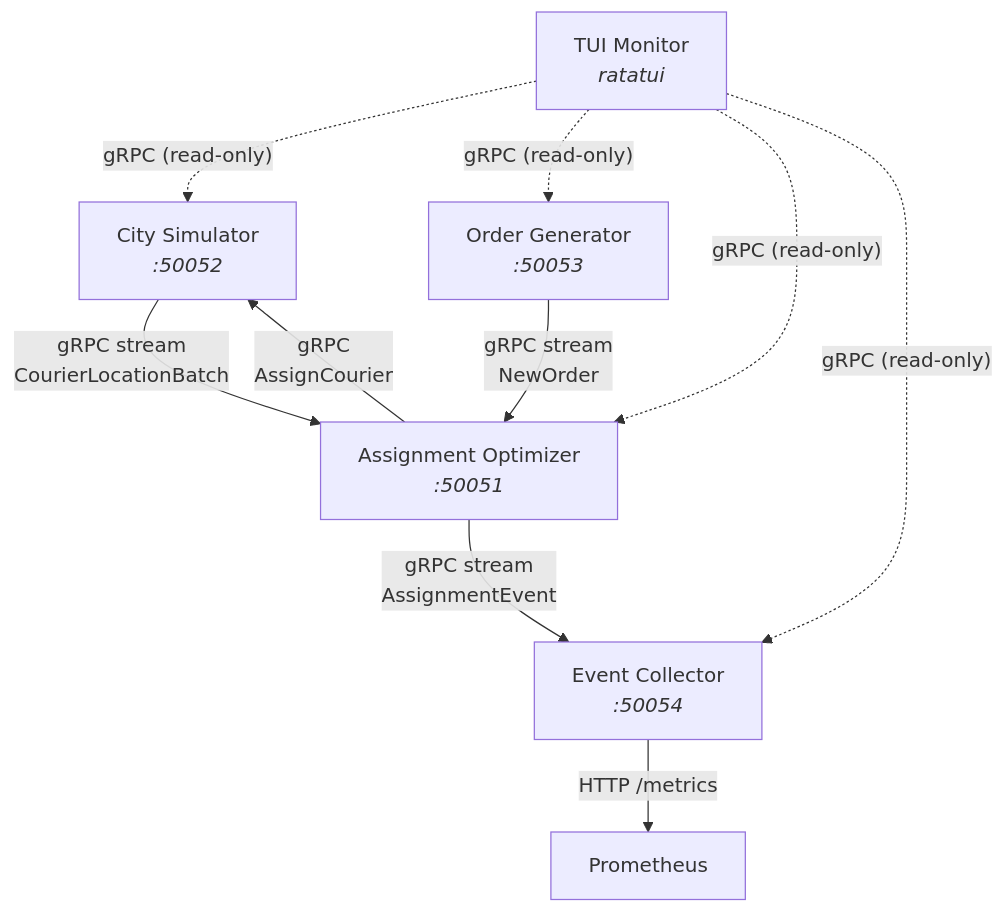
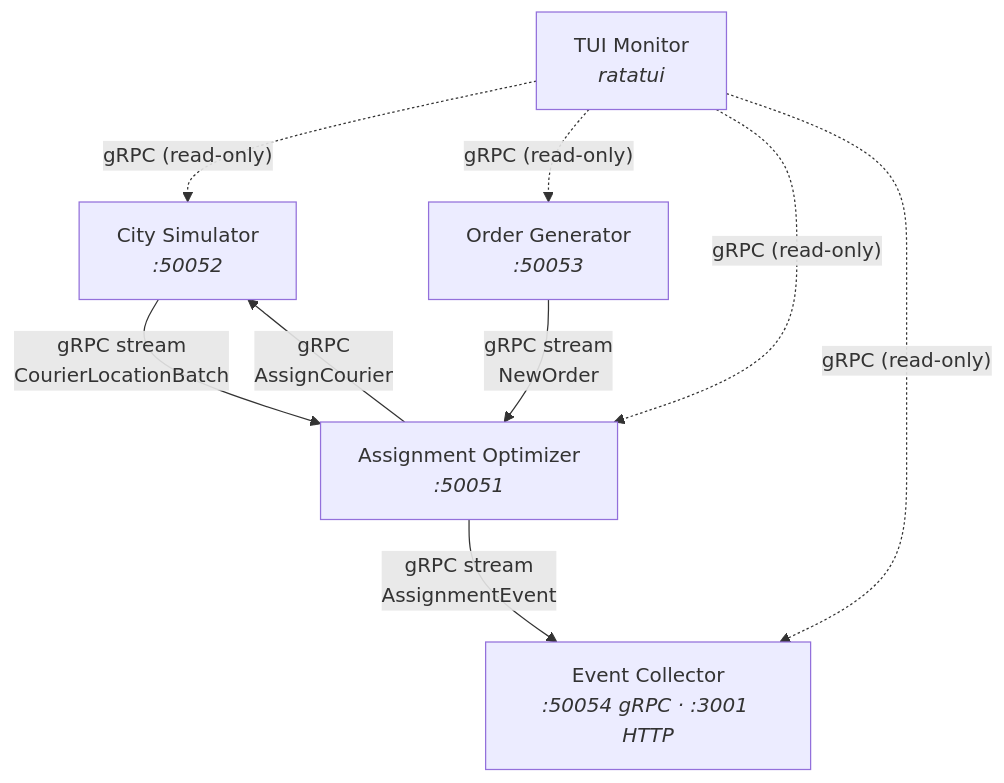
Before and after one commit to meowyx/router-flow: the diagram in README.md, drawn with Mermaid. The commit also changed other lines of this file, not shown here.

````diff
--- a/README.md
+++ b/README.md
@@ -7,19 +7,18 @@
 ```mermaid
 graph TD
     CS[City Simulator<br/><i>:50052</i>]
     OG[Order Generator<br/><i>:50053</i>]
     AO[Assignment Optimizer<br/><i>:50051</i>]
-    EC[Event Collector<br/><i>:50054</i>]
+    EC[Event Collector<br/><i>:50054 gRPC · :3001 HTTP</i>]
     TUI[TUI Monitor<br/><i>ratatui</i>]
 
     CS -- "gRPC stream<br/>CourierLocationBatch" --> AO
     OG -- "gRPC stream<br/>NewOrder" --> AO
     AO -- "gRPC<br/>AssignCourier" --> CS
     AO -- "gRPC stream<br/>AssignmentEvent" --> EC
-    EC -- "HTTP /metrics" --> PROM[Prometheus]
 
     TUI -. "gRPC (read-only)" .-> CS
     TUI -. "gRPC (read-only)" .-> OG
     TUI -. "gRPC (read-only)" .-> AO
     TUI -. "gRPC (read-only)" .-> EC
 ```
````
